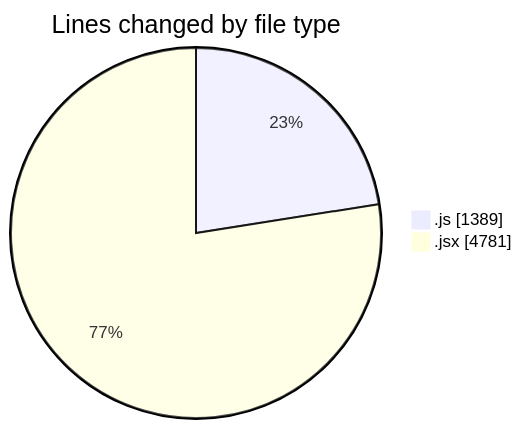
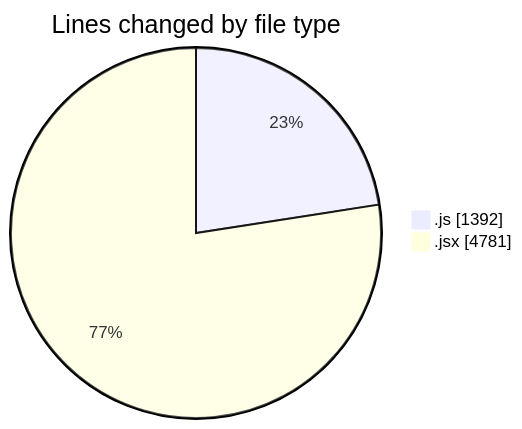
One commit to nxtqubesakshisongat/code-tracking changed the first of 2 diagrams in 2025-07-29/nxtqube_webapp/README.md. Above: the diagram before and after it, drawn with Mermaid. The commit also changed other lines of this file and 1 other file, not shown here.

````diff
--- a/2025-07-29/nxtqube_webapp/README.md
+++ b/2025-07-29/nxtqube_webapp/README.md
@@ -31,6 +31,6 @@
 ```mermaid
 pie showData
 title Lines changed by file type
-".js" : 1389
+".js" : 1392
 ".jsx" : 4781
 ```
````
